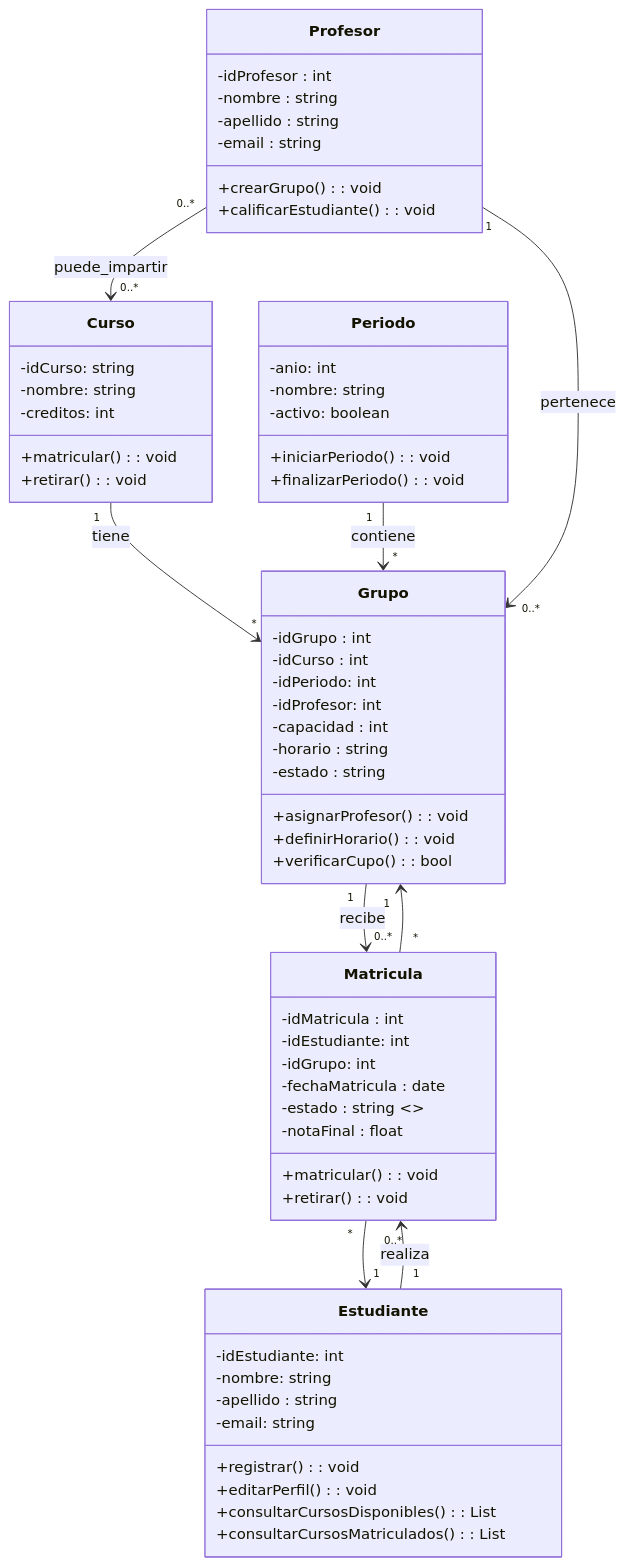
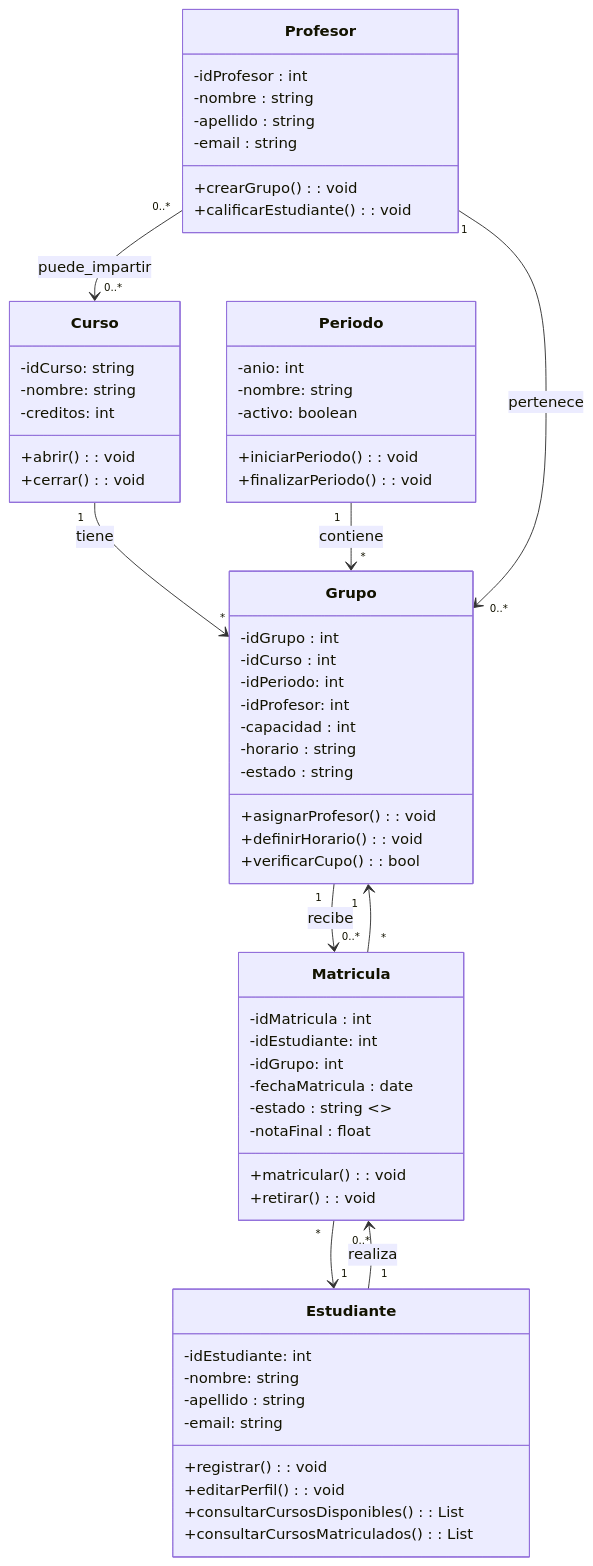
One commit to TOACR/II-51-Laboratorios changed the diagram in Lab01/Lab01-Tarea.mmd. Above: the diagram before and after it, drawn with Mermaid.

Commit message:
Cambios 2

```diff
--- a/Lab01/Lab01-Tarea.mmd
+++ b/Lab01/Lab01-Tarea.mmd
@@ -1,70 +1,70 @@
 classDiagram
     class Profesor {
         -idProfesor : int
         -nombre : string
         -apellido : string
         -email : string
         +crearGrupo() : void
         +calificarEstudiante(): void
     }
 
     class Estudiante {
         -idEstudiante: int
         -nombre: string
         -apellido : string
         -email: string
         +registrar(): void
         +editarPerfil(): void
         +consultarCursosDisponibles(): List<Curso>
         +consultarCursosMatriculados(): List<Curso>
     }
  
     class Curso {
         -idCurso: string
         -nombre: string
         -creditos: int
-        +matricular(): void
-        +retirar(): void
+        +abrir(): void
+        +cerrar(): void
     }
 
     class Periodo {
         -anio: int
         -nombre: string
         -activo: boolean
         +iniciarPeriodo(): void
         +finalizarPeriodo(): void
     }
 
     class Grupo {
         -idGrupo : int
         -idCurso : int
         -idPeriodo: int
         -idProfesor: int
         -capacidad : int
         -horario : string
         -estado : string
         +asignarProfesor() : void
         +definirHorario(): void
         +verificarCupo() : bool
     }
 
     class Matricula {
         -idMatricula : int
         -idEstudiante: int
         -idGrupo: int
         -fechaMatricula : date
         -estado : string  <<ej: "Matriculado","Retirado">>
         -notaFinal : float
         +matricular() : void
         +retirar() : void
     }
     
     %% Relaciones simplificadas con cardinalidades
     Curso "1" --> "*" Grupo : tiene
     Periodo "1" --> "*" Grupo : contiene
     Profesor "1" --> "0..*" Grupo : pertenece
     Estudiante "1" --> "0..*" Matricula : realiza
     Grupo "1" --> "0..*" Matricula : recibe
     Matricula "*" --> "1" Estudiante
     Matricula "*" --> "1" Grupo
     Profesor "0..*" --> "0..*" Curso : puede_impartir
```
